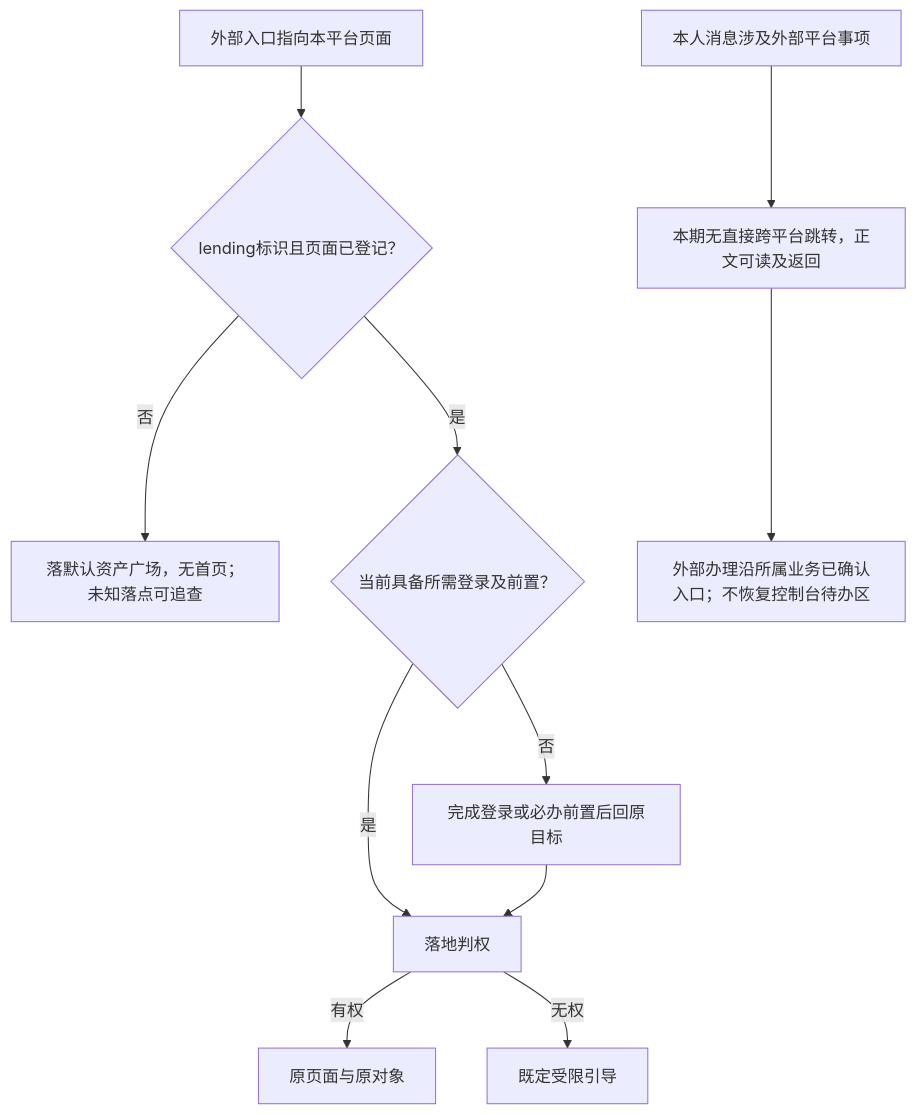
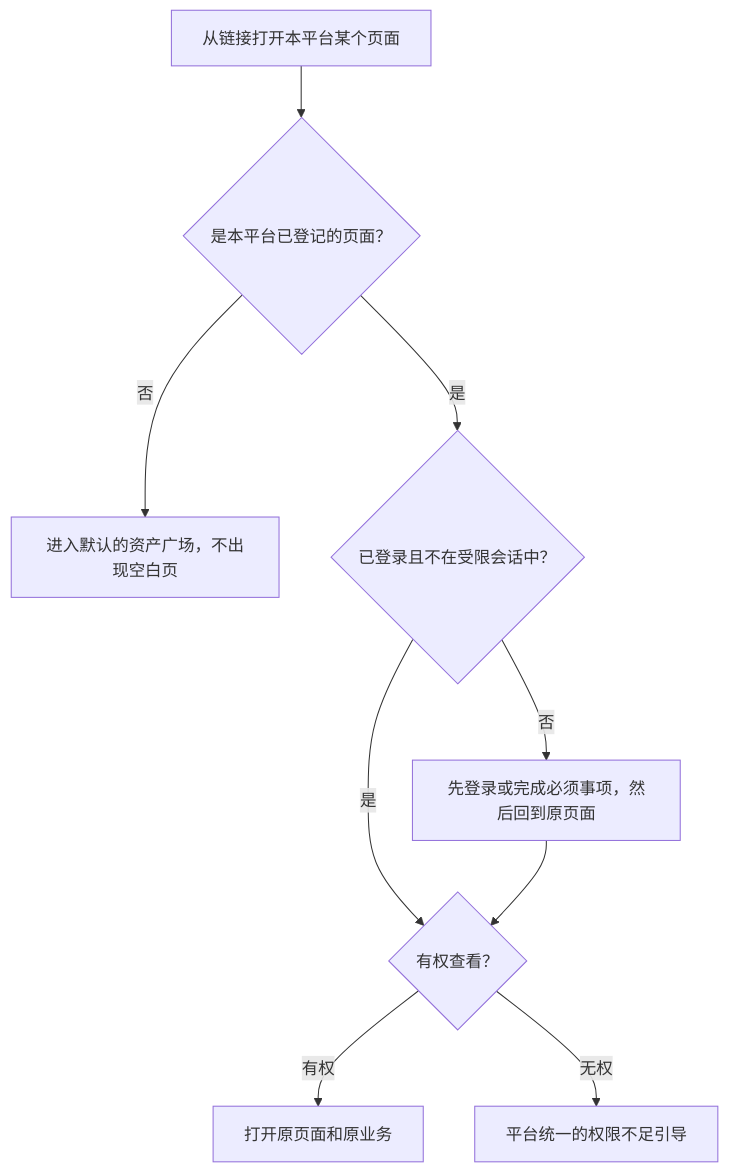
One commit to wxblockchain/Chain-Financing changed the fifth of 8 diagrams in lending-platform/PRD/面客端/10-面客消息中心/02-面客消息中心-流程图与状态机.md. Above: the diagram before and after it, drawn with Mermaid. The commit also changed other lines of this file and 6 other files, not shown here.

````diff
--- a/lending-platform/PRD/面客端/10-面客消息中心/02-面客消息中心-流程图与状态机.md
+++ b/lending-platform/PRD/面客端/10-面客消息中心/02-面客消息中心-流程图与状态机.md
@@ -126,13 +111,11 @@
 ```mermaid
 flowchart TD
-    A["外部入口指向本平台页面"] --> B{"lending标识且页面已登记？"}
-    B -->|否| C["落默认资产广场，无首页；未知落点可追查"]
-    B -->|是| D{"当前具备所需登录及前置？"}
-    D -->|否| E["完成登录或必办前置后回原目标"]
-    D -->|是| F["落地判权"]
+    A["从链接打开本平台某个页面"] --> B{"是本平台已登记的页面？"}
+    B -->|否| C["进入默认的资产广场，不出现空白页"]
+    B -->|是| D{"已登录且不在受限会话中？"}
+    D -->|否| E["先登录或完成必须事项，然后回到原页面"]
+    D -->|是| F{"有权查看？"}
     E --> F
-    F -->|有权| G["原页面与原对象"]
-    F -->|无权| H["既定受限引导"]
-    I["本人消息涉及外部平台事项"] --> J["本期无直接跨平台跳转，正文可读及返回"]
-    J --> K["外部办理沿所属业务已确认入口；不恢复控制台待办区"]
+    F -->|有权| G["打开原页面和原业务"]
+    F -->|无权| H["平台统一的权限不足引导"]
 ```
````
